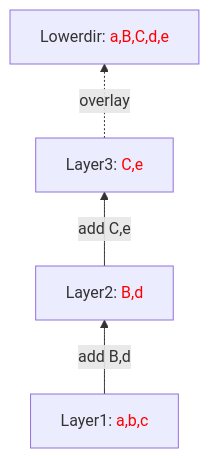
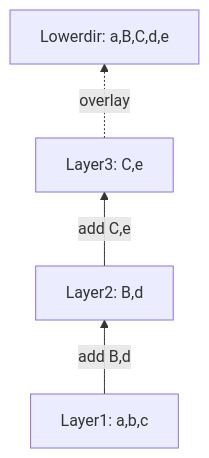
The first of 2 diagrams in content/posts/storage-driver/index.md (raygecao/blog), drawn with Mermaid before and after one commit. The commit also changed other lines of this file, not shown here.

```diff
--- a/content/posts/storage-driver/index.md
+++ b/content/posts/storage-driver/index.md
@@ -206,10 +207,10 @@
 {{< mermaid >}}
 graph BT;
-l1[Layer1: <font color=red>a,b,c</font>]
-l2[Layer2: <font color=red>B,d</font>]
-l3[Layer3: <font color=red>C,e</font>]
-ld[Lowerdir: <font color=red>a,B,C,d,e</font>]
+l1[Layer1: a,b,c]
+l2[Layer2: B,d]
+l3[Layer3: C,e]
+ld[Lowerdir: a,B,C,d,e]
 l1 -- add B,d --> l2
 l2 -- add C,e --> l3
 l3 -. overlay .-> ld
 {{< /mermaid >}}
```
